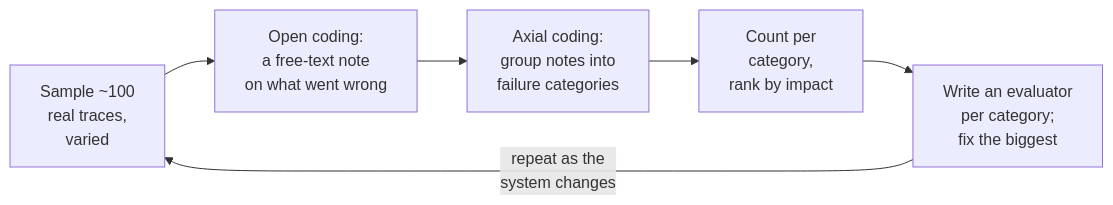
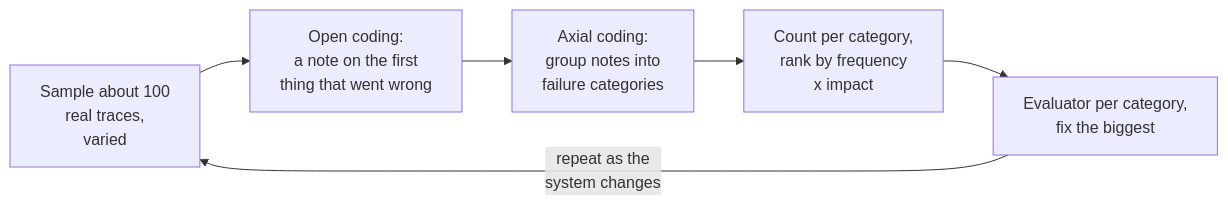
One commit to shubamchaudhary/CodeNITW changed the third of 6 diagrams in src/Data/aiStackDocs/CH-08.md. Above: the diagram before and after it, drawn with Mermaid. The commit also changed other lines of this file and 52 other files, not shown here.

````diff
--- a/src/Data/aiStackDocs/CH-08.md
+++ b/src/Data/aiStackDocs/CH-08.md
@@ -76,8 +58,8 @@
 ```mermaid
 flowchart LR
-    S["Sample ~100<br/>real traces,<br/>varied"] --> O["Open coding:<br/>a free-text note<br/>on what went wrong"]
-    O --> A["Axial coding:<br/>group notes into<br/>failure categories"]
-    A --> C["Count per<br/>category,<br/>rank by impact"]
-    C --> E["Write an evaluator<br/>per category;<br/>fix the biggest"]
-    E -->|"repeat as the<br/>system changes"| S
+    S["Sample about 100<br/>real traces,<br/>varied"] --> OC["Open coding:<br/>a note on the first<br/>thing that went wrong"]
+    OC --> AC["Axial coding:<br/>group notes into<br/>failure categories"]
+    AC --> CT["Count per category,<br/>rank by frequency<br/>x impact"]
+    CT --> EV["Evaluator per category,<br/>fix the biggest"]
+    EV -->|"repeat as the<br/>system changes"| S
 ```
````
